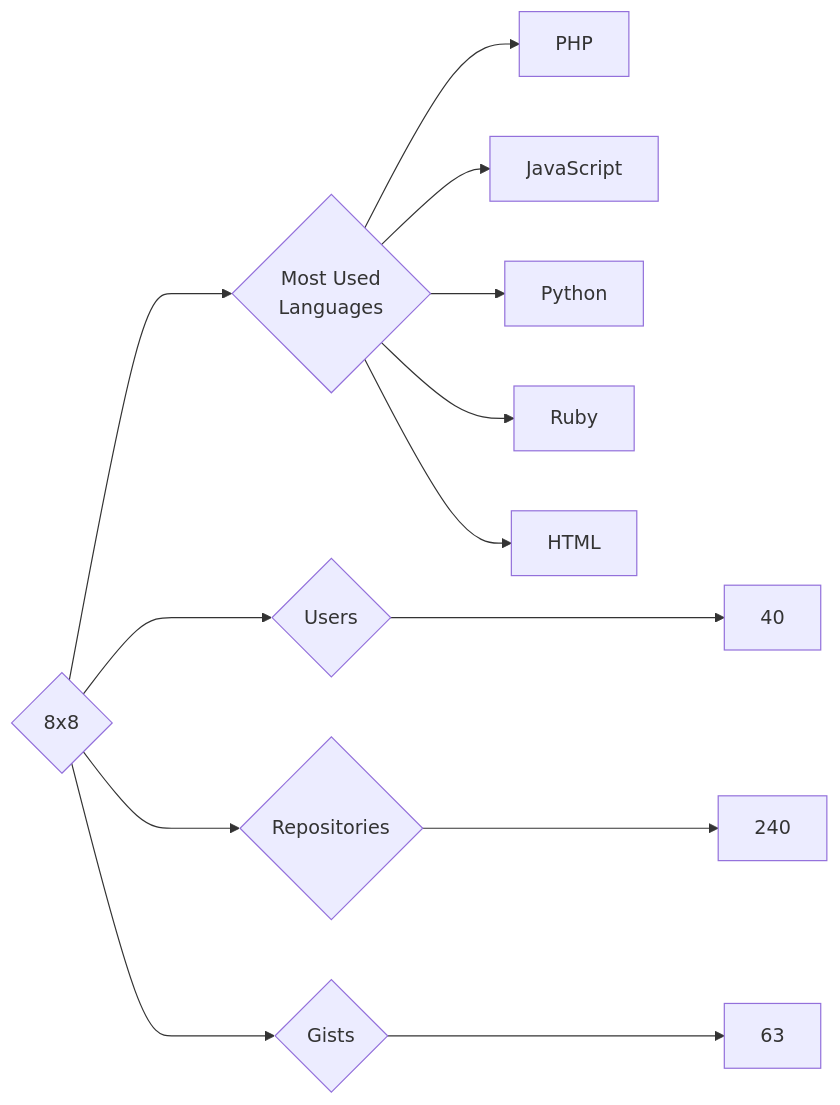
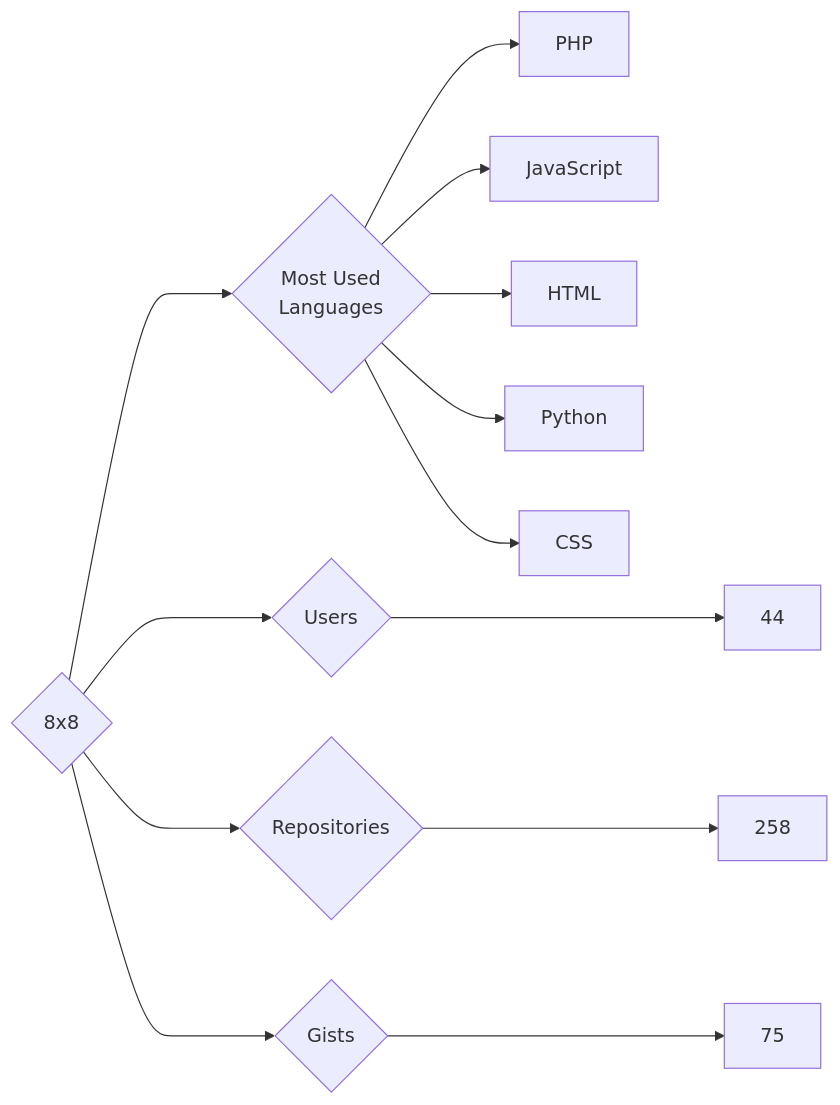
Before and after one commit to trickest/insiders: the diagram in targets/8x8/README.md, drawn with Mermaid. The commit also changed 440 other files, not shown here.

````diff
--- a/targets/8x8/README.md
+++ b/targets/8x8/README.md
@@ -3,13 +3,13 @@
 ```mermaid
 graph LR
 COMPANY_NAME{8x8}
-COMPANY_NAME ---> U{Users} ---> UN[40]
-COMPANY_NAME ---> R{Repositories} ---> RN[240]
-COMPANY_NAME ---> G{Gists} ---> GN[63]
+COMPANY_NAME ---> U{Users} ---> UN[44]
+COMPANY_NAME ---> R{Repositories} ---> RN[258]
+COMPANY_NAME ---> G{Gists} ---> GN[75]
 COMPANY_NAME ---> ML{Most Used<br>Languages}
 ML --> PHP[PHP]
 ML --> JavaScript[JavaScript]
+ML --> HTML[HTML]
 ML --> Python[Python]
-ML --> Ruby[Ruby]
-ML --> HTML[HTML]
+ML --> CSS[CSS]
 ```
````
